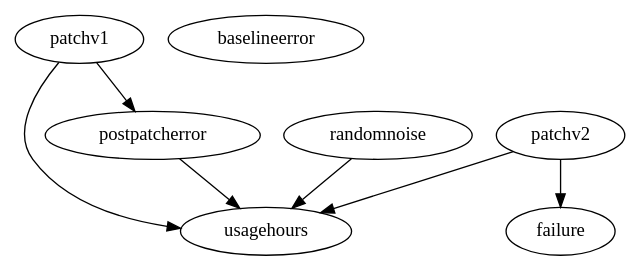
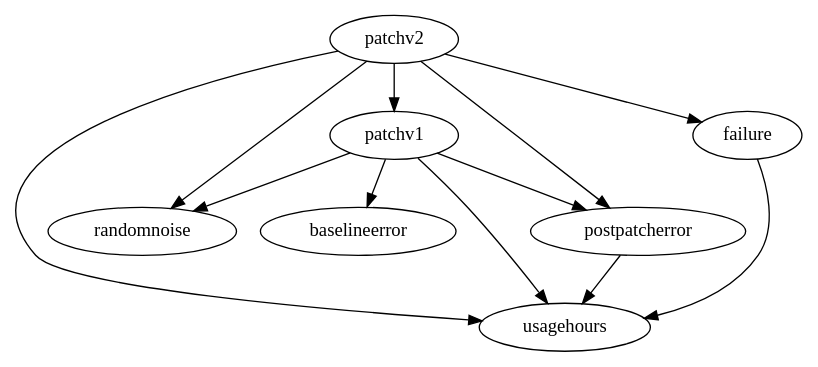
One commit to wigglypint/thesis changed the diagram in recidivism-causal/results/graphs_ReX/rex__device_failure_data.dot. Above: the diagram before and after it, drawn with Graphviz. The commit also changed 1179 other files, not shown here.

```diff
--- a/recidivism-causal/results/graphs_ReX/rex__device_failure_data.dot
+++ b/recidivism-causal/results/graphs_ReX/rex__device_failure_data.dot
@@ -1,15 +1,20 @@
 strict digraph {
+patchv1;
 usagehours;
-failure;
-patchv1;
+randomnoise;
 baselineerror;
 patchv2;
+failure;
 postpatcherror;
-randomnoise;
 patchv1 -> usagehours;
+patchv1 -> baselineerror;
 patchv1 -> postpatcherror;
+patchv1 -> randomnoise;
 patchv2 -> usagehours;
+patchv2 -> patchv1;
+patchv2 -> postpatcherror;
 patchv2 -> failure;
+patchv2 -> randomnoise;
+failure -> usagehours;
 postpatcherror -> usagehours;
-randomnoise -> usagehours;
 }
```
